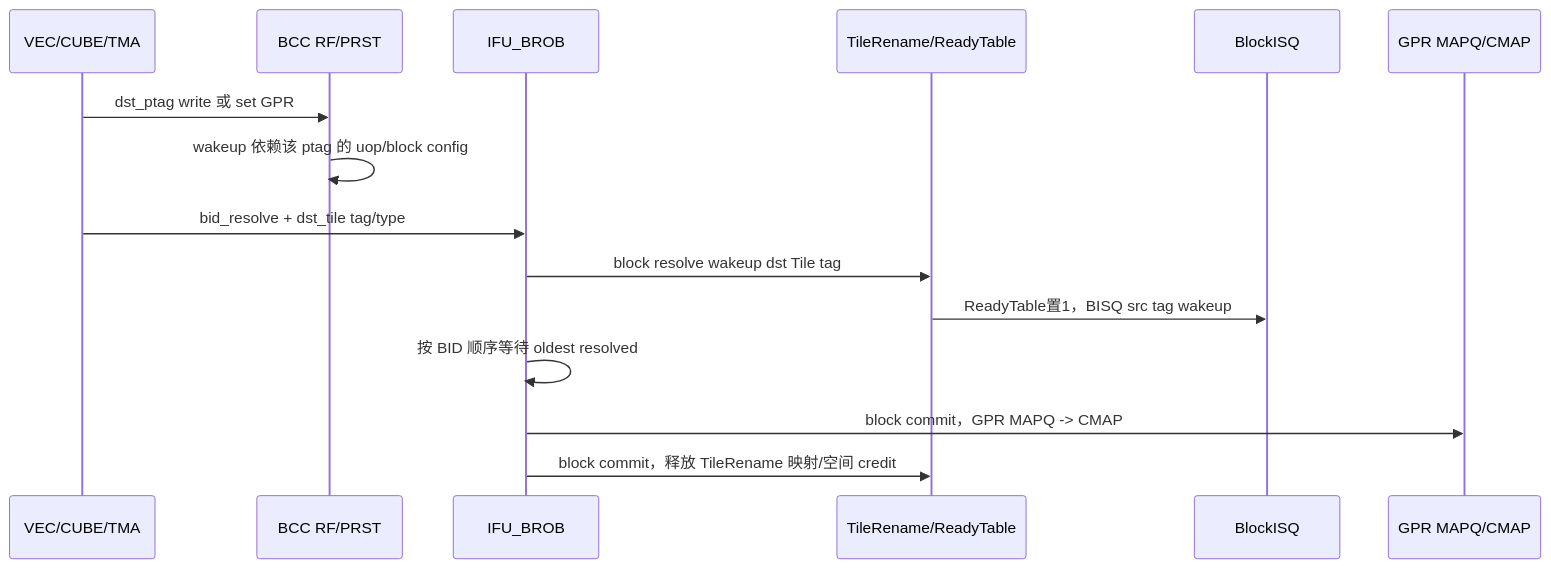
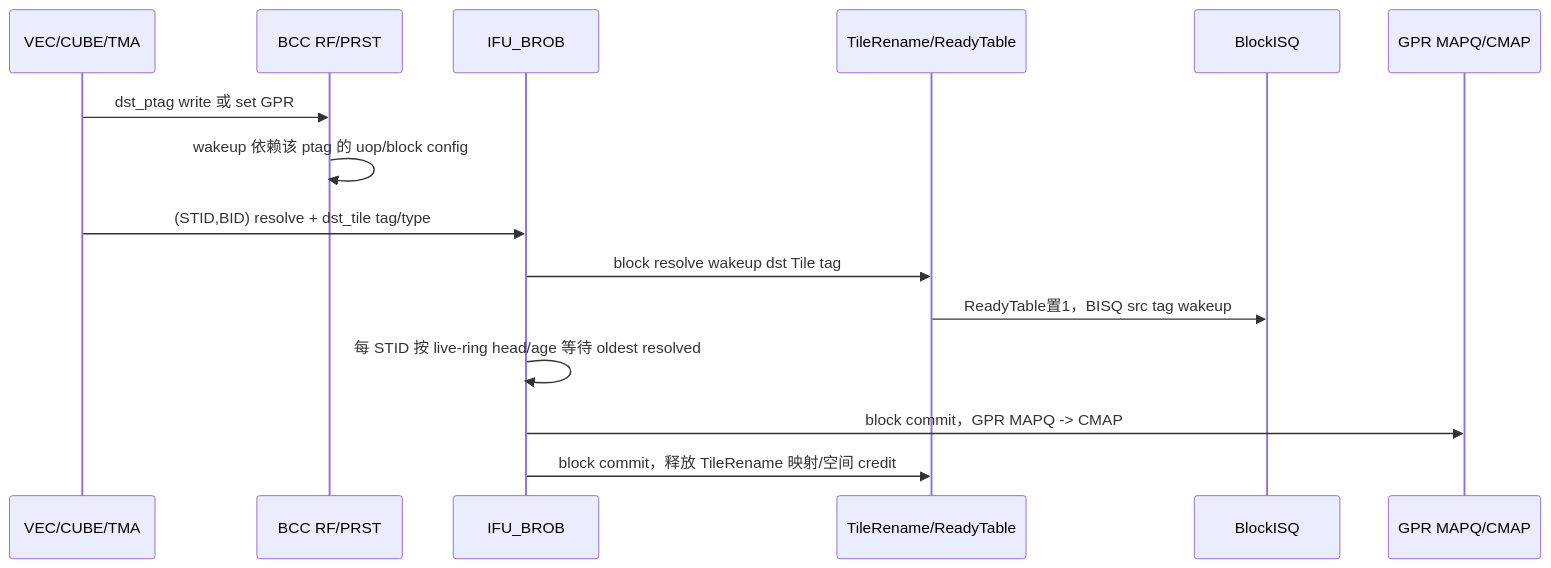
One commit to LinxISA/LinxCore changed the third of 4 diagrams in docs/architecture/Janus/BCC/00_BCC_Architecture.md. Above: the diagram before and after it, drawn with Mermaid. The commit also changed other lines of this file and 34 other files, not shown here.

````diff
--- a/docs/architecture/Janus/BCC/00_BCC_Architecture.md
+++ b/docs/architecture/Janus/BCC/00_BCC_Architecture.md
@@ -142,18 +145,18 @@
 ```mermaid
 sequenceDiagram
   participant CORE as VEC/CUBE/TMA
   participant RF as BCC RF/PRST
   participant BROB as IFU_BROB
   participant TR as TileRename/ReadyTable
   participant BISQ as BlockISQ
   participant REN as GPR MAPQ/CMAP
 
   CORE->>RF: dst_ptag write 或 set GPR
   RF->>RF: wakeup 依赖该 ptag 的 uop/block config
-  CORE->>BROB: bid_resolve + dst_tile tag/type
+  CORE->>BROB: (STID,BID) resolve + dst_tile tag/type
   BROB->>TR: block resolve wakeup dst Tile tag
   TR->>BISQ: ReadyTable置1，BISQ src tag wakeup
-  BROB->>BROB: 按 BID 顺序等待 oldest resolved
+  BROB->>BROB: 每 STID 按 live-ring head/age 等待 oldest resolved
   BROB->>REN: block commit，GPR MAPQ -> CMAP
   BROB->>TR: block commit，释放 TileRename 映射/空间 credit
 ```
````
